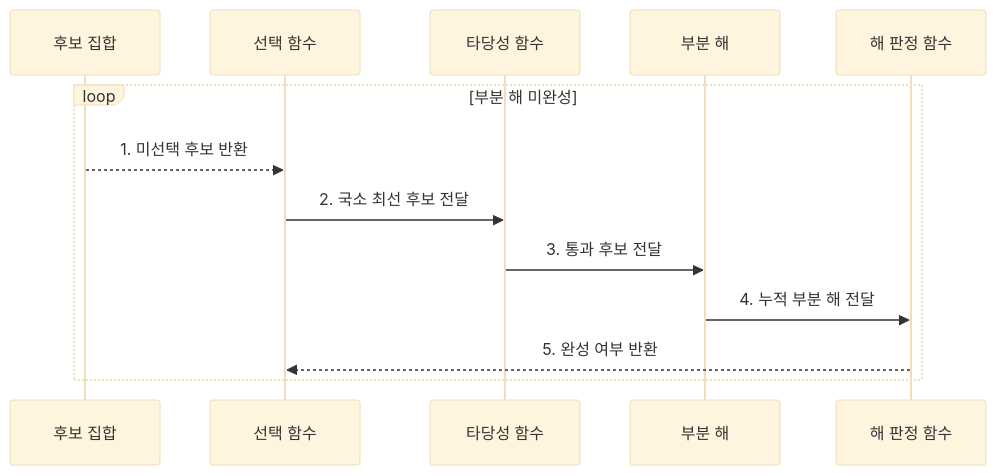
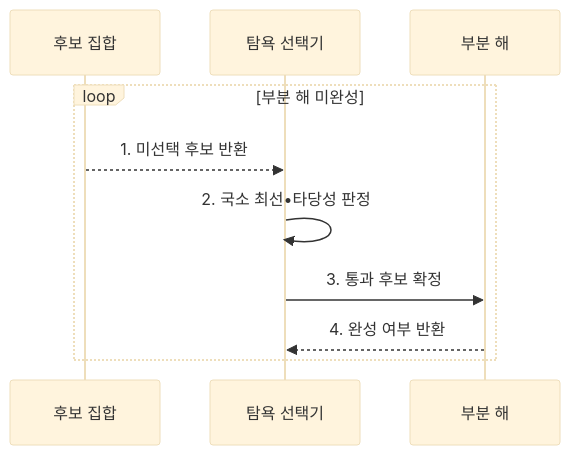
Before and after one commit to agnusdei1207/knowledge-base: the second of 2 diagrams in src/content/docs/notes/01-basic-theory/015_greedy_algorithm.md, drawn with Mermaid (base theme). The commit also changed other lines of this file and 4 other files, not shown here.

Commit message:
Simplify core algorithm flow actors

````diff
--- a/src/content/docs/notes/01-basic-theory/015_greedy_algorithm.md
+++ b/src/content/docs/notes/01-basic-theory/015_greedy_algorithm.md
@@ -98,15 +98,12 @@
 ```mermaid
 sequenceDiagram
     participant C as 후보 집합
-    participant S as 선택 함수
-    participant F as 타당성 함수
+    participant G as 탐욕 선택기
     participant P as 부분 해
-    participant H as 해 판정 함수
     loop 부분 해 미완성
-        C-->>S: 1. 미선택 후보 반환
-        S->>F: 2. 국소 최선 후보 전달
-        F->>P: 3. 통과 후보 전달
-        P->>H: 4. 누적 부분 해 전달
-        H-->>S: 5. 완성 여부 반환
+        C-->>G: 1. 미선택 후보 반환
+        G->>G: 2. 국소 최선•타당성 판정
+        G->>P: 3. 통과 후보 확정
+        P-->>G: 4. 완성 여부 반환
     end
 ```
````
